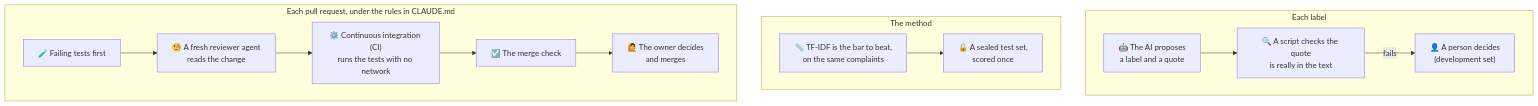
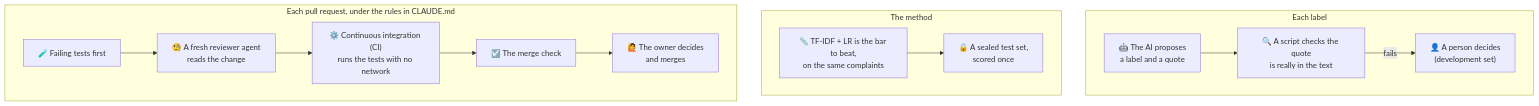
The second of 2 diagrams in README.md (MannyAdc/voc-demo), drawn with Mermaid before and after one commit. The commit also changed other lines of this file and 12 other files, not shown here.

````diff
--- a/README.md
+++ b/README.md
@@ -41,15 +41,15 @@
 ```mermaid
 flowchart TB
     subgraph L["Each label"]
         L1["🤖 The AI proposes<br/>a label and a quote"] --> L2["🔍 A script checks the quote<br/>is really in the text"]
         L2 -- fails --> L3["👤 A person decides<br/>(development set)"]
     end
     subgraph M["The method"]
-        M1["📏 TF-IDF is the bar to beat,<br/>on the same complaints"] --> M2["🔒 A sealed test set,<br/>scored once"]
+        M1["📏 TF-IDF + LR is the bar to beat,<br/>on the same complaints"] --> M2["🔒 A sealed test set,<br/>scored once"]
     end
     subgraph C["Each pull request, under the rules in CLAUDE.md"]
         C1["🧪 Failing tests first"] --> C2["🧐 A fresh reviewer agent<br/>reads the change"]
         C2 --> C3["⚙️ Continuous integration (CI)<br/>runs the tests with no network"]
         C3 --> C4["☑️ The merge check"] --> C5["🙋 The owner decides<br/>and merges"]
     end
 ```
````
